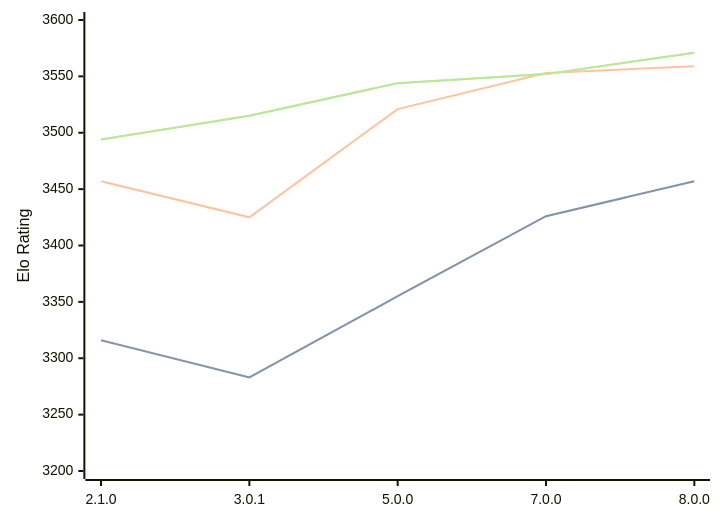
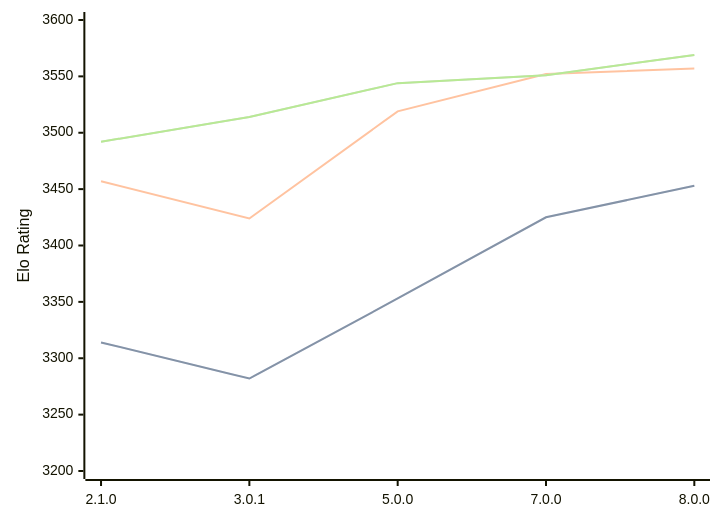
One commit to computer-chess-index/cci changed the diagram in engines/PlentyChess.md. Above: the diagram before and after it, drawn with Mermaid. The commit also changed other lines of this file, not shown here.

Commit message:
Update CCI Ratings (ELO VLTC) - 2026-08-04

````diff
--- a/engines/PlentyChess.md
+++ b/engines/PlentyChess.md
@@ -46,11 +46,11 @@
 ```mermaid
 %%{init: {"theme":"base","themeVariables":{"seriesColors:['#a3a3a3','#222221','#faa371']}}}%%
 xychart-beta
   x-axis ["2.1.0", "3.0.1", "5.0.0", "7.0.0", "8.0.0"]
   y-axis "Elo Rating" 3200 --> 3600
-  line "STC (8.0+0.08s)" [3316, 3283, 3355, 3426, 3457]
-  line "STC (8.0+0.08s)" [3316, 3283, 3355, 3426, 3457]
-  line "LTC (60.0+0.60s)" [3457, 3425, 3521, 3553, 3559]
-  line "VLTC (2m24s+1.12s)" [3494, 3515, 3544, 3552, 3571]
-  line "VLTC (2m24s+1.12s)" [3494, 3515, 3544, 3552, 3571]
+  line "STC (8.0+0.08s)" [3314, 3282, 3353, 3425, 3453]
+  line "STC (8.0+0.08s)" [3314, 3282, 3353, 3425, 3453]
+  line "LTC (60.0+0.60s)" [3457, 3424, 3519, 3552, 3557]
+  line "VLTC (2m24s+1.12s)" [3492, 3514, 3544, 3551, 3569]
+  line "VLTC (2m24s+1.12s)" [3492, 3514, 3544, 3551, 3569]
 ```
````
